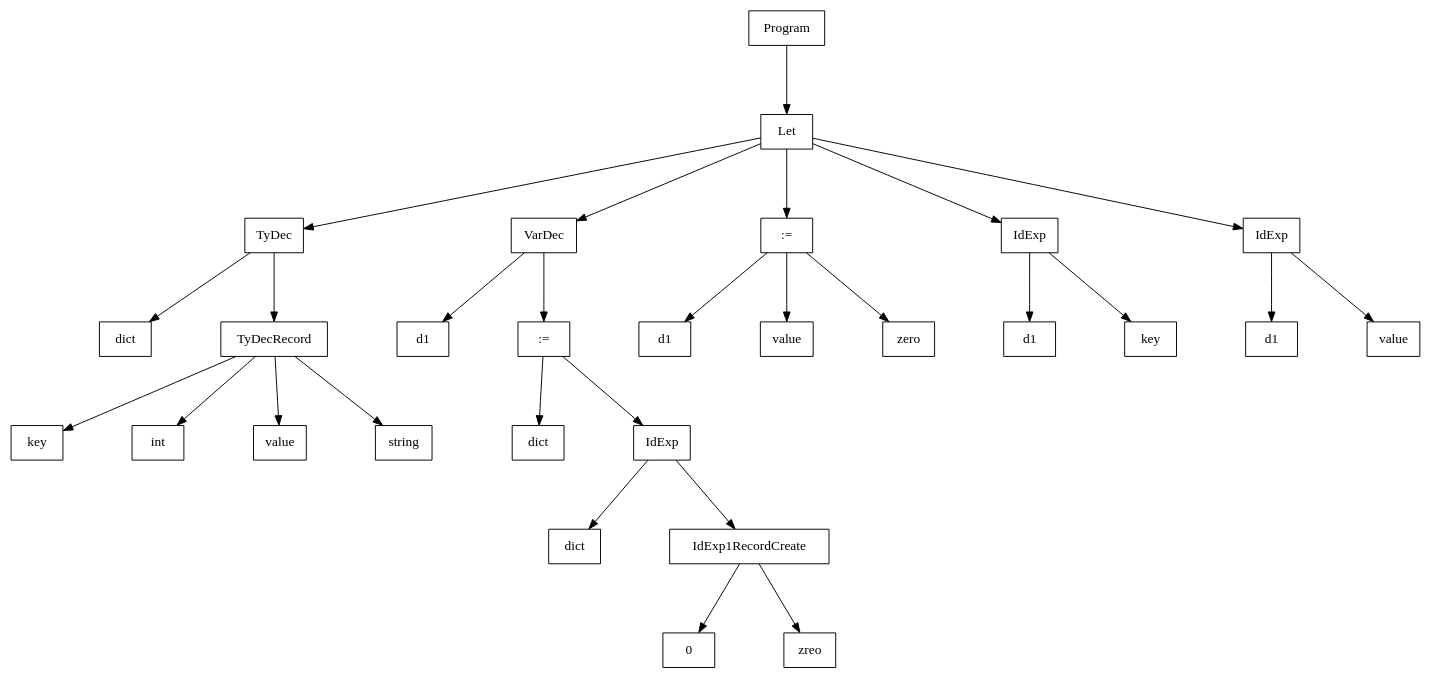
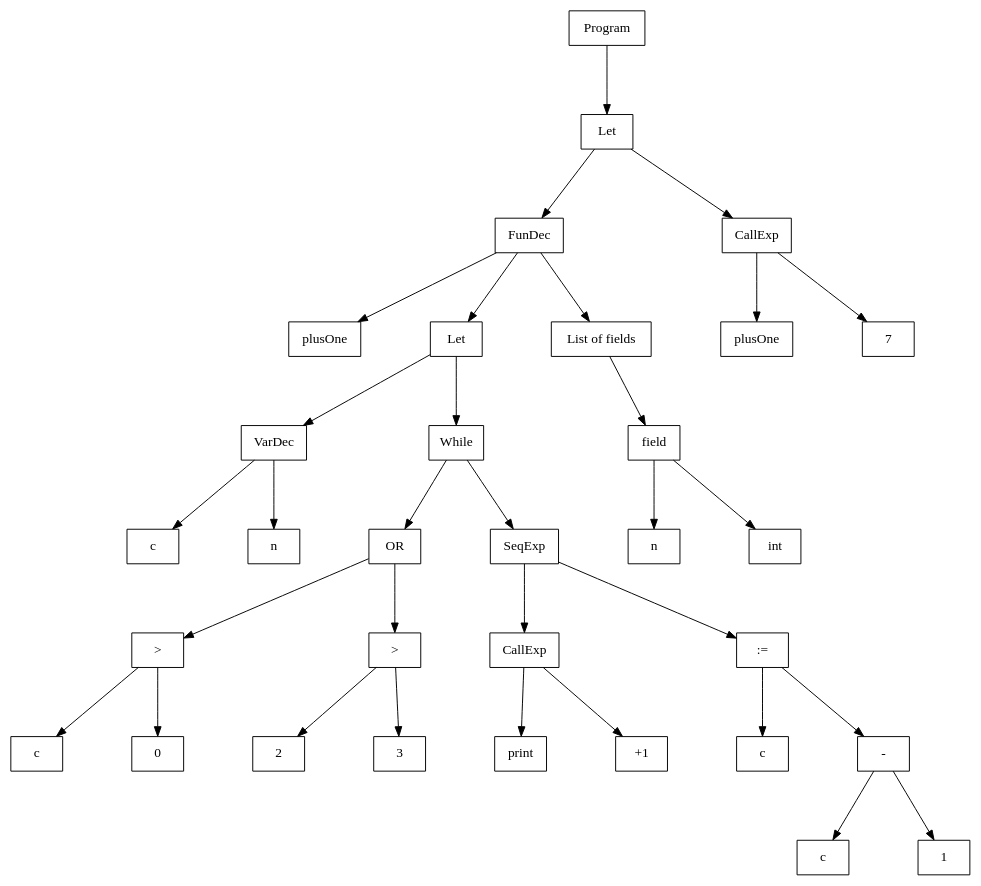
The diagram in out/tree.dot (BigBaz54/Tiger_compiler), drawn with Graphviz before and after one commit. The commit also changed 3 other files, not shown here.

```diff
--- a/out/tree.dot
+++ b/out/tree.dot
@@ -1,62 +1,70 @@
 digraph "ast"{
 
 	nodesep=1;
 	ranksep=1;
 
 	N1 [label="Let", shape="box"];
-	N2 [label="TyDec", shape="box"];
-	N3 [label="dict", shape="box"];
-	N4 [label="TyDecRecord", shape="box"];
-	N5 [label="key", shape="box"];
-	N6 [label="int", shape="box"];
-	N7 [label="value", shape="box"];
-	N8 [label="string", shape="box"];
-	N9 [label="VarDec", shape="box"];
-	N10 [label="d1", shape="box"];
-	N11 [label=":=", shape="box"];
-	N12 [label="dict", shape="box"];
-	N13 [label="IdExp", shape="box"];
-	N14 [label="dict", shape="box"];
-	N15 [label="IdExp1RecordCreate", shape="box"];
-	N16 [label="0", shape="box"];
-	N17 [label="zreo", shape="box"];
-	N18 [label=":=", shape="box"];
-	N19 [label="d1", shape="box"];
-	N20 [label="value", shape="box"];
-	N21 [label="zero", shape="box"];
-	N22 [label="IdExp", shape="box"];
-	N23 [label="d1", shape="box"];
-	N24 [label="key", shape="box"];
-	N25 [label="IdExp", shape="box"];
-	N26 [label="d1", shape="box"];
-	N27 [label="value", shape="box"];
+	N2 [label="FunDec", shape="box"];
+	N3 [label="plusOne", shape="box"];
+	N4 [label="Let", shape="box"];
+	N5 [label="VarDec", shape="box"];
+	N6 [label="c", shape="box"];
+	N7 [label="n", shape="box"];
+	N8 [label="While", shape="box"];
+	N9 [label="OR", shape="box"];
+	N10 [label=">", shape="box"];
+	N11 [label="c", shape="box"];
+	N12 [label="0", shape="box"];
+	N13 [label=">", shape="box"];
+	N14 [label="2", shape="box"];
+	N15 [label="3", shape="box"];
+	N16 [label="SeqExp", shape="box"];
+	N17 [label="CallExp", shape="box"];
+	N18 [label="print", shape="box"];
+	N19 [label="+1", shape="box"];
+	N20 [label=":=", shape="box"];
+	N21 [label="c", shape="box"];
+	N22 [label="-", shape="box"];
+	N23 [label="c", shape="box"];
+	N24 [label="1", shape="box"];
+	N25 [label="List of fields", shape="box"];
+	N26 [label="n", shape="box"];
+	N27 [label="int", shape="box"];
+	N28 [label="field", shape="box"];
+	N29 [label="CallExp", shape="box"];
+	N30 [label="plusOne", shape="box"];
+	N31 [label="7", shape="box"];
 	N0 [label="Program", shape="box"];
 
+	N5 -> N6; 
+	N5 -> N7; 
 	N4 -> N5; 
-	N4 -> N6; 
-	N4 -> N7; 
+	N10 -> N11; 
+	N10 -> N12; 
+	N13 -> N14; 
+	N13 -> N15; 
+	N9 -> N10; 
+	N9 -> N13; 
+	N17 -> N18; 
+	N17 -> N19; 
+	N16 -> N17; 
+	N20 -> N21; 
+	N22 -> N23; 
+	N22 -> N24; 
+	N20 -> N22; 
+	N16 -> N20; 
+	N8 -> N9; 
+	N8 -> N16; 
 	N4 -> N8; 
+	N28 -> N26; 
+	N28 -> N27; 
+	N25 -> N28; 
 	N2 -> N3; 
 	N2 -> N4; 
+	N2 -> N25; 
 	N1 -> N2; 
-	N13 -> N14; 
-	N15 -> N16; 
-	N15 -> N17; 
-	N13 -> N15; 
-	N11 -> N12; 
-	N11 -> N13; 
-	N9 -> N10; 
-	N9 -> N11; 
-	N1 -> N9; 
-	N18 -> N19; 
-	N18 -> N20; 
-	N18 -> N21; 
-	N1 -> N18; 
-	N22 -> N23; 
-	N22 -> N24; 
-	N1 -> N22; 
-	N25 -> N26; 
-	N25 -> N27; 
-	N1 -> N25; 
+	N29 -> N30; 
+	N29 -> N31; 
+	N1 -> N29; 
 	N0 -> N1; 
 }
```
